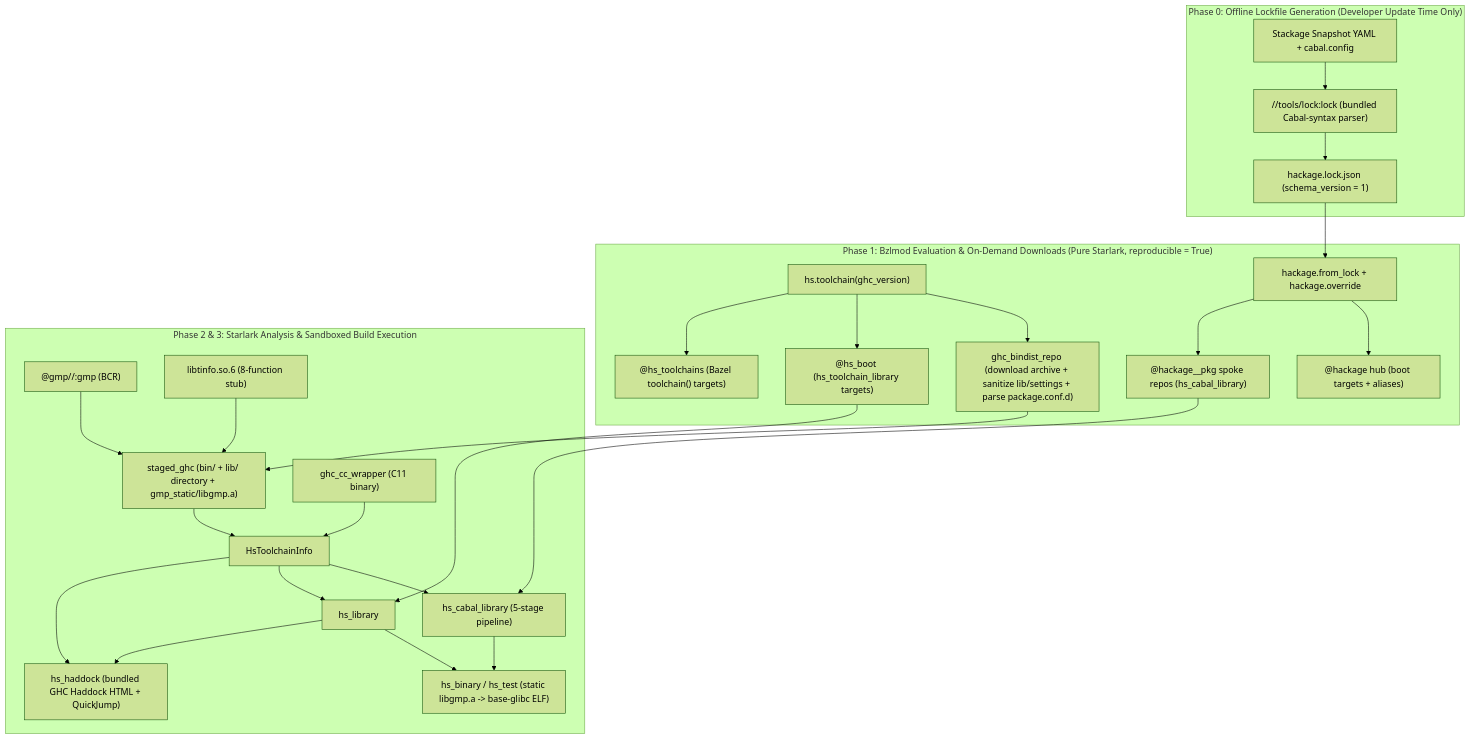
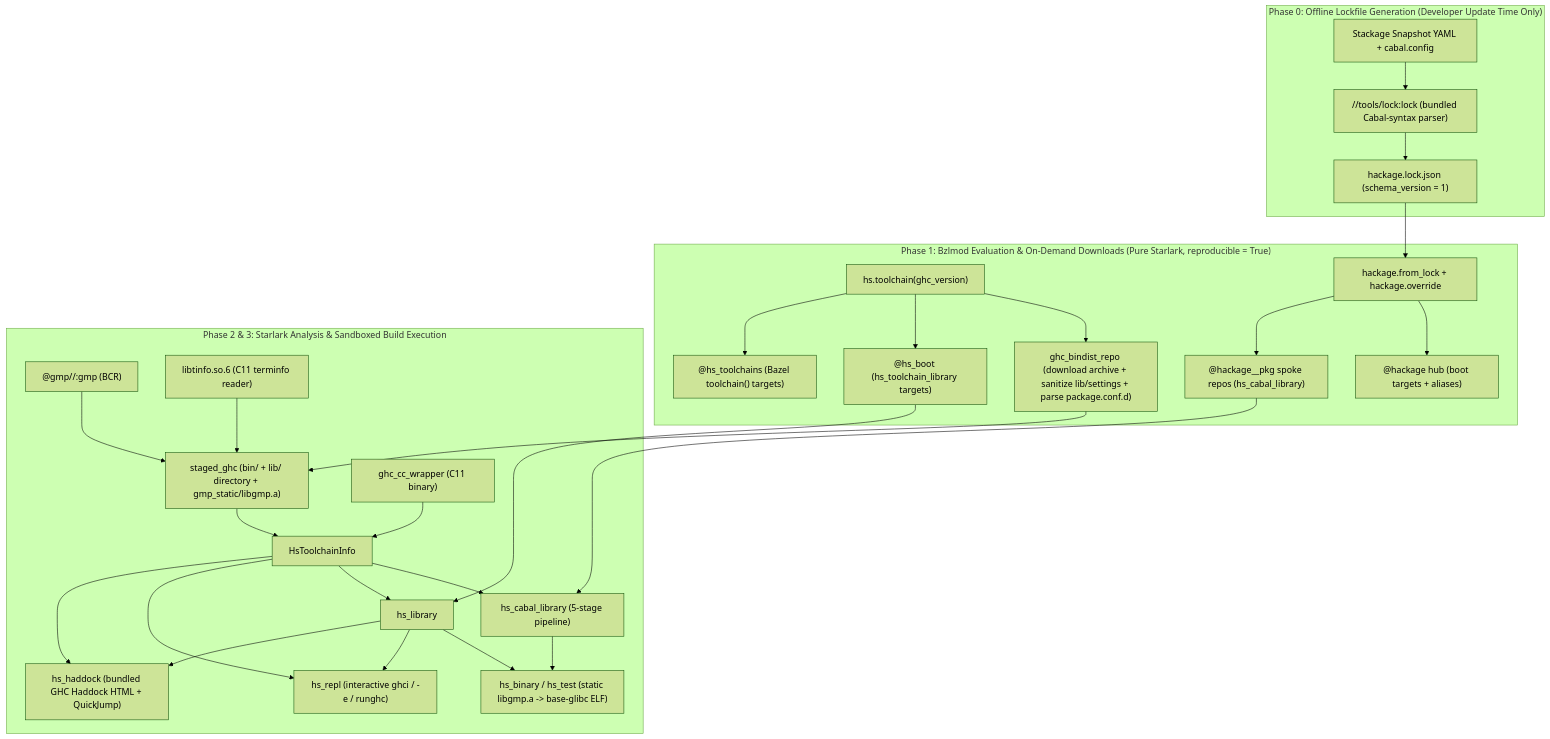
One commit to kaycebasques/hs changed the diagram in docs/content/internals/overview.md. Above: the diagram before and after it, drawn with Mermaid (forest theme). The commit also changed other lines of this file and 48 other files, not shown here.

First line of the commit message:
feat: implement interactive GHCi REPL, runghc, and C11 terminfo support

````diff
--- a/docs/content/internals/overview.md
+++ b/docs/content/internals/overview.md
@@ -120,32 +120,34 @@
 ```mermaid
 flowchart TD
     subgraph DevTime["Phase 0: Offline Lockfile Generation (Developer Update Time Only)"]
         SNAP["Stackage Snapshot YAML + cabal.config"] --> LOCKCLI["//tools/lock:lock (bundled Cabal-syntax parser)"]
         LOCKCLI --> LOCKJSON["hackage.lock.json (schema_version = 1)"]
     end
 
     subgraph Bzlmod["Phase 1: Bzlmod Evaluation & On-Demand Downloads (Pure Starlark, reproducible = True)"]
         EXTHS["hs.toolchain(ghc_version)"] --> BINDIST["ghc_bindist_repo (download archive + sanitize lib/settings + parse package.conf.d)"]
         EXTHS --> HSBOOT["@hs_boot (hs_toolchain_library targets)"]
         EXTHS --> HSTC["@hs_toolchains (Bazel toolchain() targets)"]
         LOCKJSON --> EXTHACK["hackage.from_lock + hackage.override"]
         EXTHACK --> HUB["@hackage hub (boot targets + aliases)"]
         EXTHACK --> PKGREPO["@hackage__pkg spoke repos (hs_cabal_library)"]
     end
 
     subgraph Build["Phase 2 & 3: Starlark Analysis & Sandboxed Build Execution"]
         GMP["@gmp//:gmp (BCR)"] --> STAGE["staged_ghc (bin/ + lib/ directory + gmp_static/libgmp.a)"]
-        TINFO["libtinfo.so.6 (8-function stub)"] --> STAGE
+        TINFO["libtinfo.so.6 (C11 terminfo reader)"] --> STAGE
         BINDIST --> STAGE
         CCW["ghc_cc_wrapper (C11 binary)"] --> TC["HsToolchainInfo"]
         STAGE --> TC
         TC --> CABAL["hs_cabal_library (5-stage pipeline)"]
         TC --> HSLIB["hs_library"]
         PKGREPO --> CABAL
         HSBOOT --> HSLIB
         CABAL --> HSBIN["hs_binary / hs_test (static libgmp.a -> base-glibc ELF)"]
         HSLIB --> HSBIN
+        TC --> REPL["hs_repl (interactive ghci / -e / runghc)"]
+        HSLIB --> REPL
         TC --> HADDOCK["hs_haddock (bundled GHC Haddock HTML + QuickJump)"]
         HSLIB --> HADDOCK
     end
 ```
````
